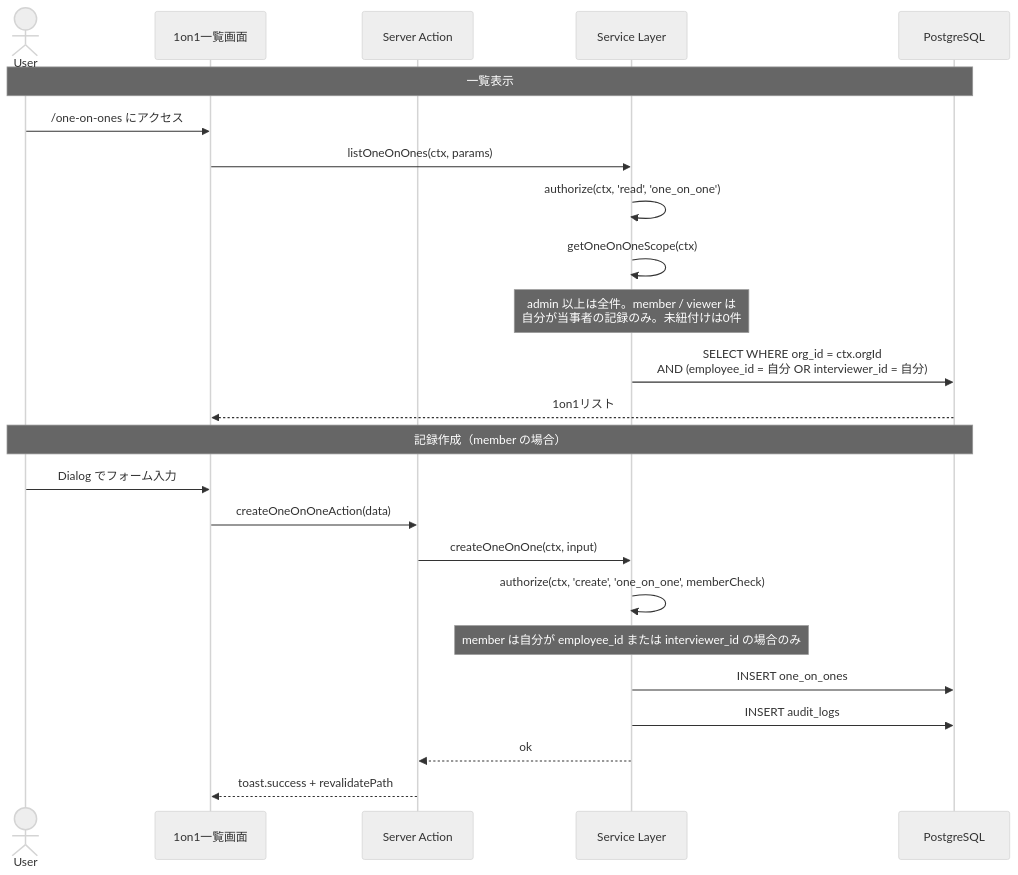
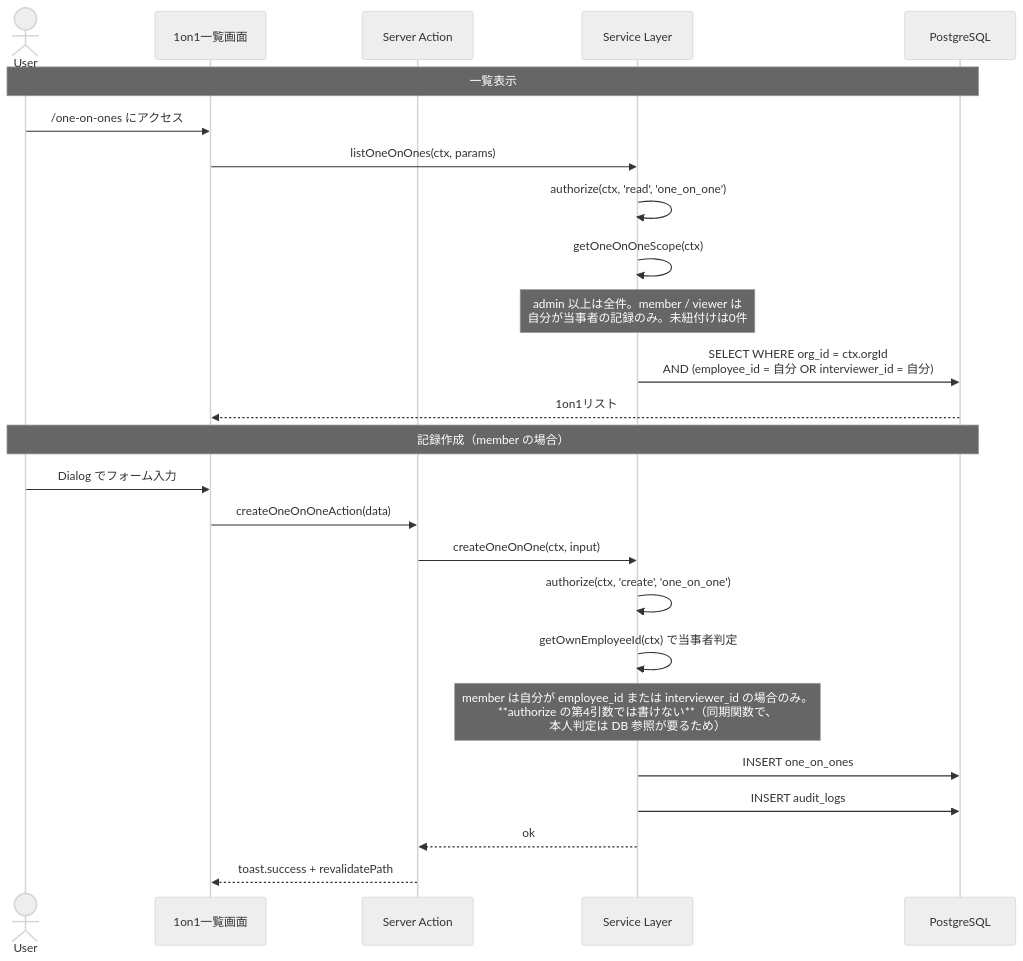
The seventh of 9 diagrams in docs/design/user-flows.md (TakuyaMiyashita/fondra-hr), drawn with Mermaid (neutral theme) before and after one commit. The commit also changed other lines of this file, not shown here.

First line of the commit message:
docs: フロー図と実装の食い違いを直す (#74)

````diff
--- a/docs/design/user-flows.md
+++ b/docs/design/user-flows.md
@@ -203,28 +232,29 @@
 ```mermaid
 sequenceDiagram
     actor User
     participant UI as 1on1一覧画面
     participant SA as Server Action
     participant SVC as Service Layer
     participant DB as PostgreSQL
 
     Note over User,DB: 一覧表示
     User->>UI: /one-on-ones にアクセス
     UI->>SVC: listOneOnOnes(ctx, params)
     SVC->>SVC: authorize(ctx, 'read', 'one_on_one')
     SVC->>SVC: getOneOnOneScope(ctx)
     Note over SVC: admin 以上は全件。member / viewer は<br/>自分が当事者の記録のみ。未紐付けは0件
     SVC->>DB: SELECT WHERE org_id = ctx.orgId<br/>AND (employee_id = 自分 OR interviewer_id = 自分)
     DB-->>UI: 1on1リスト
 
     Note over User,DB: 記録作成（member の場合）
     User->>UI: Dialog でフォーム入力
     UI->>SA: createOneOnOneAction(data)
     SA->>SVC: createOneOnOne(ctx, input)
-    SVC->>SVC: authorize(ctx, 'create', 'one_on_one', memberCheck)
-    Note over SVC: member は自分が employee_id または interviewer_id の場合のみ
+    SVC->>SVC: authorize(ctx, 'create', 'one_on_one')
+    SVC->>SVC: getOwnEmployeeId(ctx) で当事者判定
+    Note over SVC: member は自分が employee_id または interviewer_id の場合のみ。<br/>**authorize の第4引数では書けない**（同期関数で、<br/>本人判定は DB 参照が要るため）
     SVC->>DB: INSERT one_on_ones
     SVC->>DB: INSERT audit_logs
     SVC-->>SA: ok
     SA-->>UI: toast.success + revalidatePath
 ```
````
